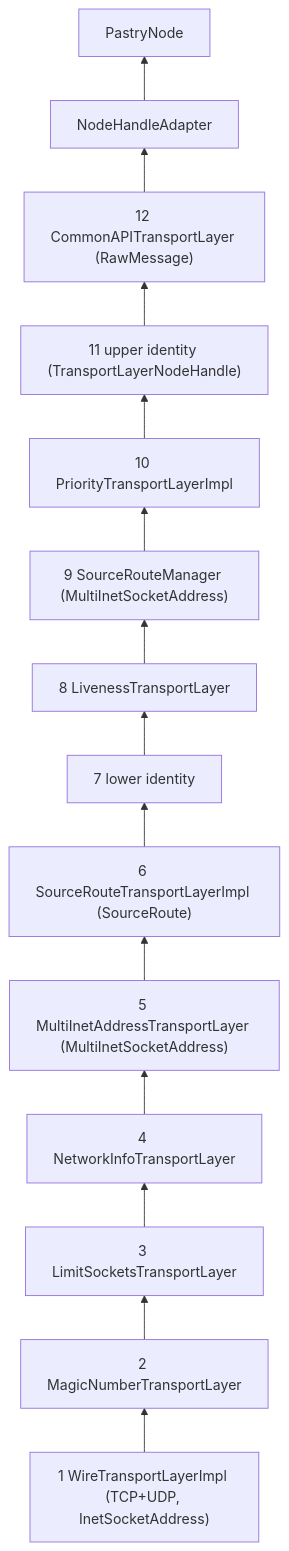
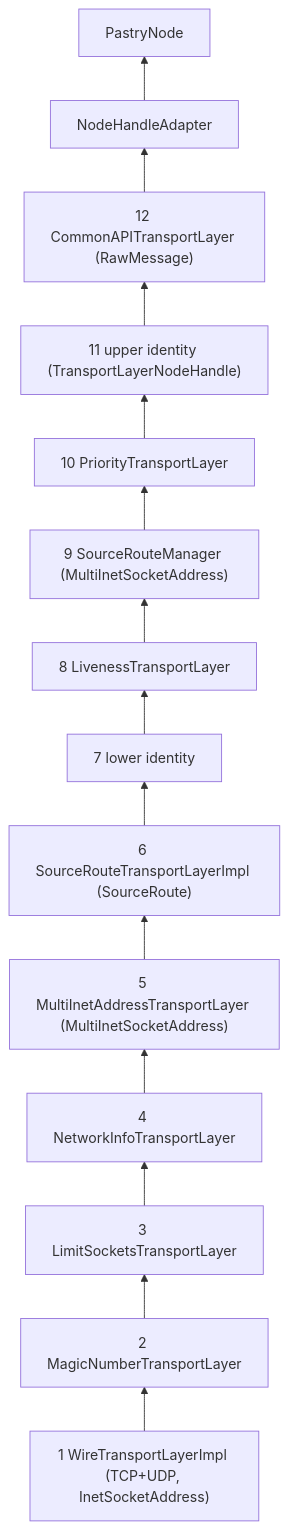
One commit to damoeb/freepastry changed the second of 2 diagrams in docs/ARCHITECTURE.md. Above: the diagram before and after it, drawn with Mermaid. The commit also changed other lines of this file and 16 other files, not shown here.

First line of the commit message:
r: collapse PriorityTransportLayer and PriorityTransportLayerImpl into PriorityTransportLayer

````diff
--- a/docs/ARCHITECTURE.md
+++ b/docs/ARCHITECTURE.md
@@ -219,7 +219,7 @@
 ```mermaid
 flowchart BT
   W["1 WireTransportLayerImpl (TCP+UDP, InetSocketAddress)"] --> M["2 MagicNumberTransportLayer"] --> LS["3 LimitSocketsTransportLayer"] --> NI["4 NetworkInfoTransportLayer"]
   NI --> MA["5 MultiInetAddressTransportLayer (MultiInetSocketAddress)"] --> SR["6 SourceRouteTransportLayerImpl (SourceRoute)"] --> LI["7 lower identity"] --> LV["8 LivenessTransportLayer"]
-  LV --> SRM["9 SourceRouteManager (MultiInetSocketAddress)"] --> PR["10 PriorityTransportLayerImpl"] --> UI["11 upper identity (TransportLayerNodeHandle)"] --> CA["12 CommonAPITransportLayer (RawMessage)"]
+  LV --> SRM["9 SourceRouteManager (MultiInetSocketAddress)"] --> PR["10 PriorityTransportLayer"] --> UI["11 upper identity (TransportLayerNodeHandle)"] --> CA["12 CommonAPITransportLayer (RawMessage)"]
   CA --> NHA["NodeHandleAdapter"] --> PN["PastryNode"]
 ```
````
